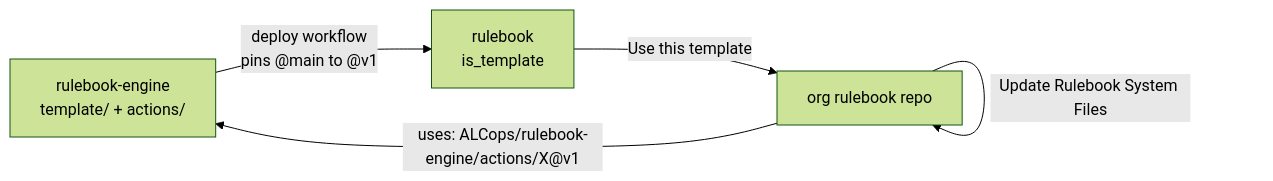
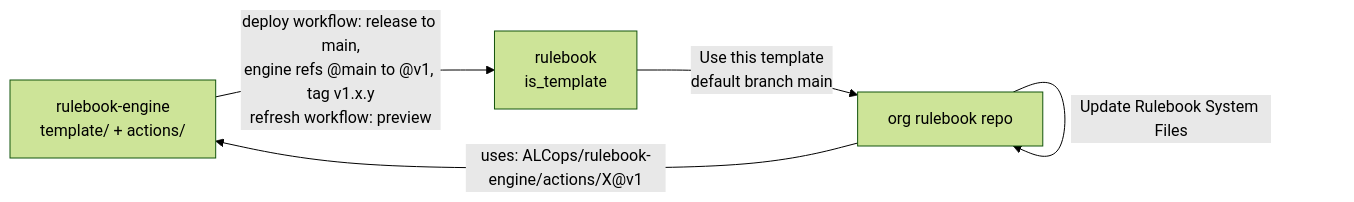
One commit to ALCops/rulebook-engine changed the diagram in README.md. Above: the diagram before and after it, drawn with Mermaid (forest theme). The commit also changed other lines of this file and 37 other files, not shown here.

````diff
--- a/README.md
+++ b/README.md
@@ -35,7 +35,7 @@
 ```mermaid
 flowchart LR
-    eng[rulebook-engine<br/>template/ + actions/] -->|deploy workflow<br/>pins @main to @v1| tpl[rulebook<br/>is_template]
-    tpl -->|Use this template| org[org rulebook repo]
+    eng[rulebook-engine<br/>template/ + actions/] -->|deploy workflow: release to main,<br/>engine refs @main to @v1, tag v1.x.y<br/>refresh workflow: preview| tpl[rulebook<br/>is_template]
+    tpl -->|Use this template<br/>default branch main| org[org rulebook repo]
     org -->|uses: ALCops/rulebook-engine/actions/X@v1| eng
     org -->|Update Rulebook System Files| org
 ```
````
